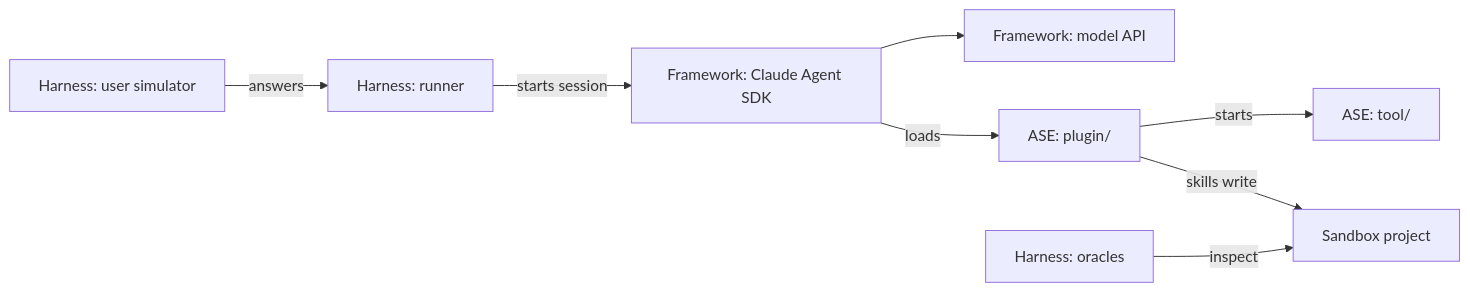
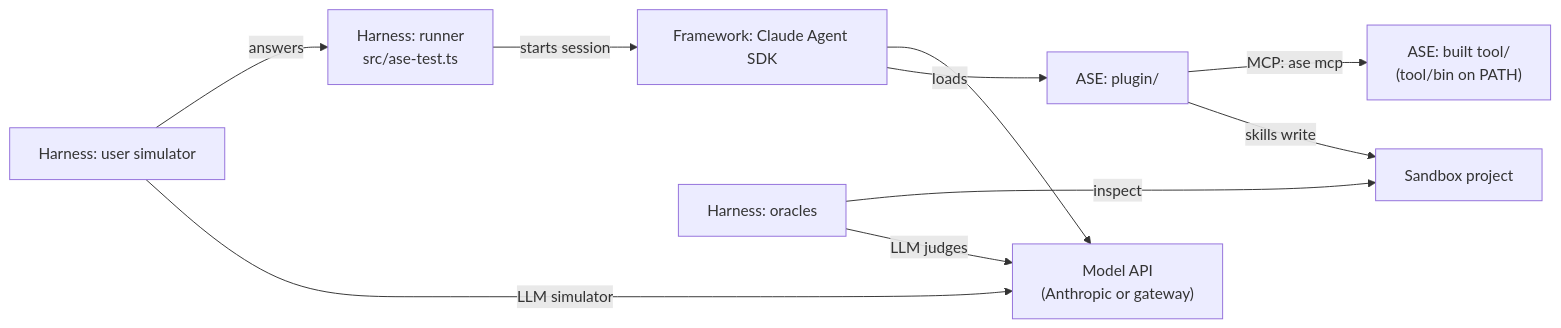
Before and after one commit to rse/ase-eval: the first of 8 diagrams in ARCHITECTURE.md, drawn with Mermaid. The commit also changed other lines of this file and 17 other files, not shown here.

````diff
--- a/ARCHITECTURE.md
+++ b/ARCHITECTURE.md
@@ -56,10 +12,12 @@
 ```mermaid
 flowchart LR
-    SIM["Harness: user simulator"] -->|answers| RUN["Harness: runner"]
-    RUN -->|starts session| SDK["Framework: Claude Agent SDK"]
-    SDK --> API["Framework: model API"]
+    RUN["Harness: runner<br/>src/ase-test.ts"] -->|starts session| SDK["Framework: Claude Agent SDK"]
+    SIM["Harness: user simulator"] -->|answers| RUN
+    SDK --> API["Model API<br/>(Anthropic or gateway)"]
     SDK -->|loads| PL["ASE: plugin/"]
-    PL -->|starts| TL["ASE: tool/"]
+    PL -->|MCP: ase mcp| TL["ASE: built tool/<br/>(tool/bin on PATH)"]
     PL -->|skills write| SB["Sandbox project"]
     O["Harness: oracles"] -->|inspect| SB
+    O -->|LLM judges| API
+    SIM -->|LLM simulator| API
 ```
````
